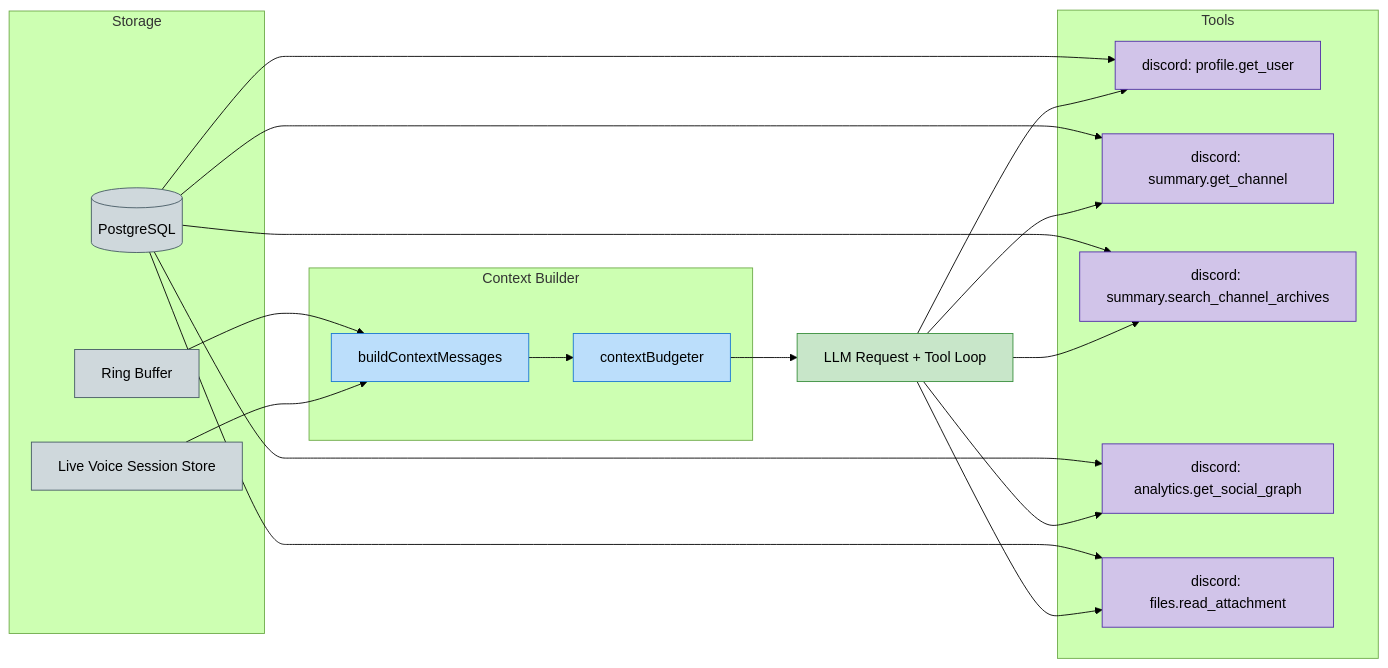
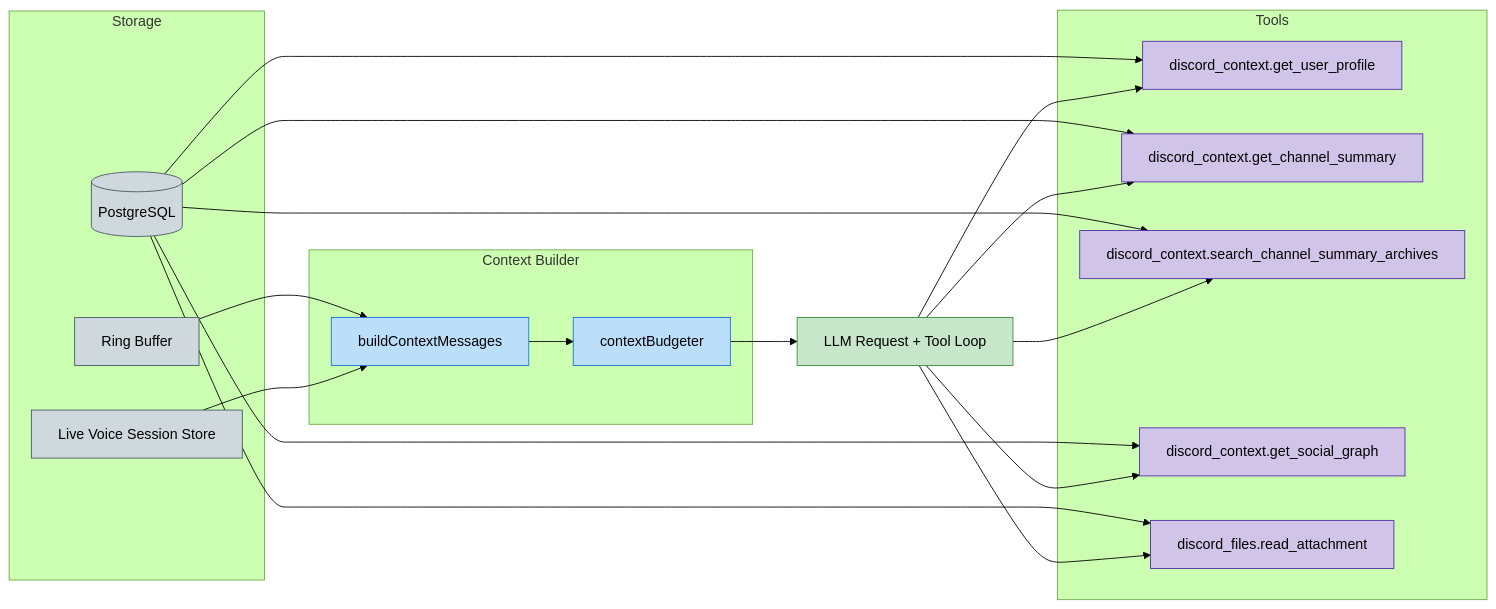
One commit to BokX1/Sage changed the diagram in docs/architecture/MEMORY.md. Above: the diagram before and after it, drawn with Mermaid (forest theme). The commit also changed other lines of this file and 6 other files, not shown here.

Commit message:
docs(agent-runtime): align Discord tool architecture docs

````diff
--- a/docs/architecture/MEMORY.md
+++ b/docs/architecture/MEMORY.md
@@ -75,40 +75,40 @@
 ```mermaid
 flowchart LR
     classDef storage fill:#cfd8dc,stroke:#455a64,color:black
     classDef tools fill:#d1c4e9,stroke:#512da8,color:black
     classDef builder fill:#bbdefb,stroke:#1976d2,color:black
     classDef llm fill:#c8e6c9,stroke:#388e3c,color:black
 
     subgraph Storage
         DB[(PostgreSQL)]:::storage
         RB[Ring Buffer]:::storage
         VS[Live Voice Session Store]:::storage
     end
 
     subgraph Tools
-        U[discord: profile.get_user]:::tools
-        C[discord: summary.get_channel]:::tools
-        A[discord: summary.search_channel_archives]:::tools
-        G[discord: analytics.get_social_graph]:::tools
-        F[discord: files.read_attachment]:::tools
+        U[discord_context.get_user_profile]:::tools
+        C[discord_context.get_channel_summary]:::tools
+        A[discord_context.search_channel_summary_archives]:::tools
+        G[discord_context.get_social_graph]:::tools
+        F[discord_files.read_attachment]:::tools
     end
 
     subgraph Builder["Context Builder"]
         MB[buildContextMessages]:::builder
         Budget[contextBudgeter]:::builder
     end
 
     RB --> MB
     VS --> MB
     MB --> Budget --> LLM[LLM Request + Tool Loop]:::llm
     DB --> U
     DB --> C
     DB --> A
     DB --> G
     DB --> F
     LLM --> U
     LLM --> C
     LLM --> A
     LLM --> G
     LLM --> F
 ```
````
